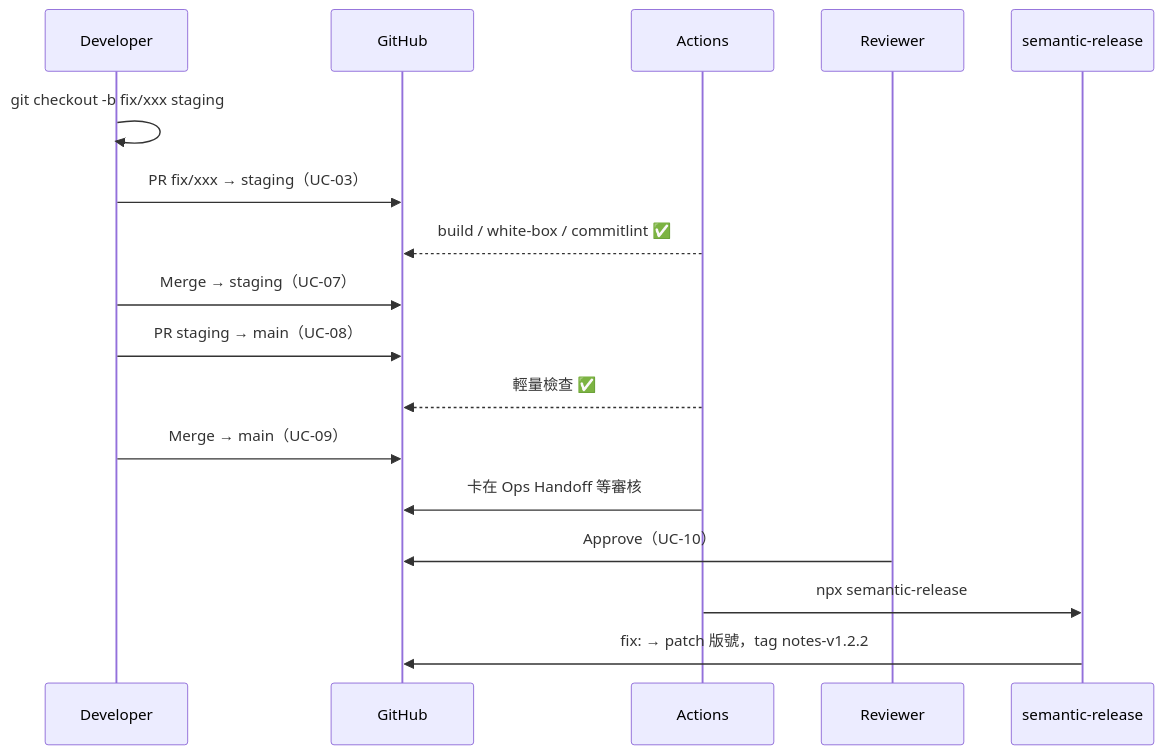
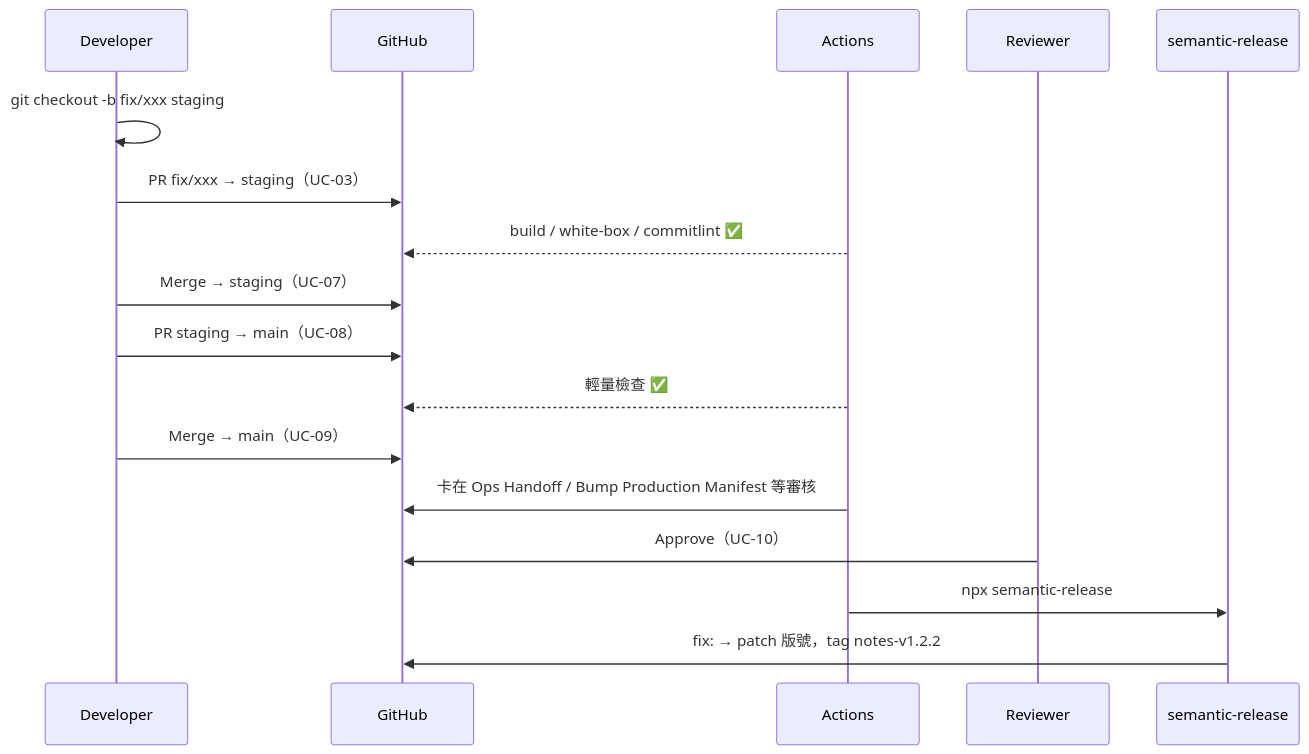
Diagram 13 of 20 in docs/use-cases.md (liaooliver/notes), drawn with Mermaid before and after one commit. The commit also changed other lines of this file, not shown here.

First line of the commit message:
docs(use-cases): 補上 GitOps 那半邊，並修掉過期的 job 與檔案路徑

````diff
--- a/docs/use-cases.md
+++ b/docs/use-cases.md
@@ -571,19 +615,19 @@
 ```mermaid
 sequenceDiagram
     participant D as Developer
     participant G as GitHub
     participant A as Actions
     participant R as Reviewer
     participant S as semantic-release
     D->>D: git checkout -b fix/xxx staging
     D->>G: PR fix/xxx → staging（UC-03）
     A-->>G: build / white-box / commitlint ✅
     D->>G: Merge → staging（UC-07）
     D->>G: PR staging → main（UC-08）
     A-->>G: 輕量檢查 ✅
     D->>G: Merge → main（UC-09）
-    A->>G: 卡在 Ops Handoff 等審核
+    A->>G: 卡在 Ops Handoff / Bump Production Manifest 等審核
     R->>G: Approve（UC-10）
     A->>S: npx semantic-release
     S->>G: fix: → patch 版號，tag notes-v1.2.2
 ```
````
